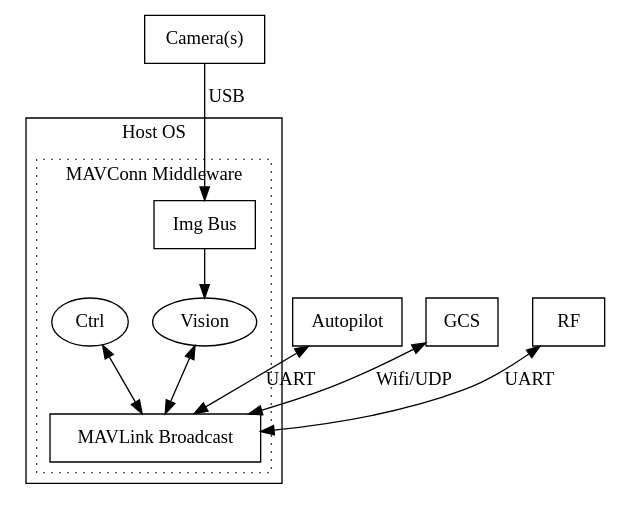
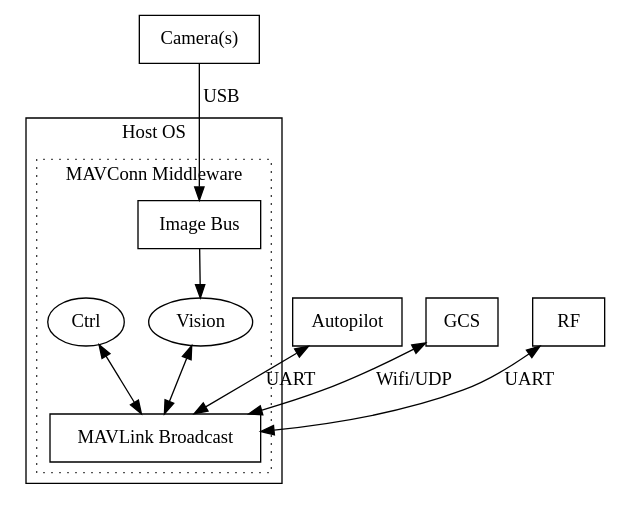
The diagram in src/images/overview.dot (VCTLabs/foss-rst-presentations), drawn with Graphviz before and after one commit. The commit also changed 2 other files, not shown here.

```diff
--- a/src/images/overview.dot
+++ b/src/images/overview.dot
@@ -1,24 +1,24 @@
 digraph overview {
   subgraph cluster_HOST {
   label="Host OS";
-  size="3.5,2.5"
+  size="4.5,3.5"
 
   subgraph cluster_Mavconn {
   label="MAVConn Middleware";
   style=dotted;
   "MAVLink Broadcast" [shape=box];
-  "Img Bus" [shape=box];
+  "Image Bus" [shape=box];
   "Vision" -> "MAVLink Broadcast" [dir=both, weight=800];
   "Ctrl" -> "MAVLink Broadcast" [dir=both, weight=800];
-  "Img Bus" -> "Vision";
+  "Image Bus" -> "Vision";
   }
   }
   "Autopilot" [shape=box];
   "Camera(s)" [shape=box];
   "GCS" [shape=box];
   "RF" [shape=box];
   "Autopilot" -> "MAVLink Broadcast" [dir=both, weight=1000, label="UART"];
   "RF" -> "MAVLink Broadcast" [dir=both, label="UART"];
   "GCS" -> "MAVLink Broadcast" [dir=both, label="Wifi/UDP"];
-  "Camera(s)" -> "Img Bus" [label="USB"];
+  "Camera(s)" -> "Image Bus" [label="USB"];
 }
```
